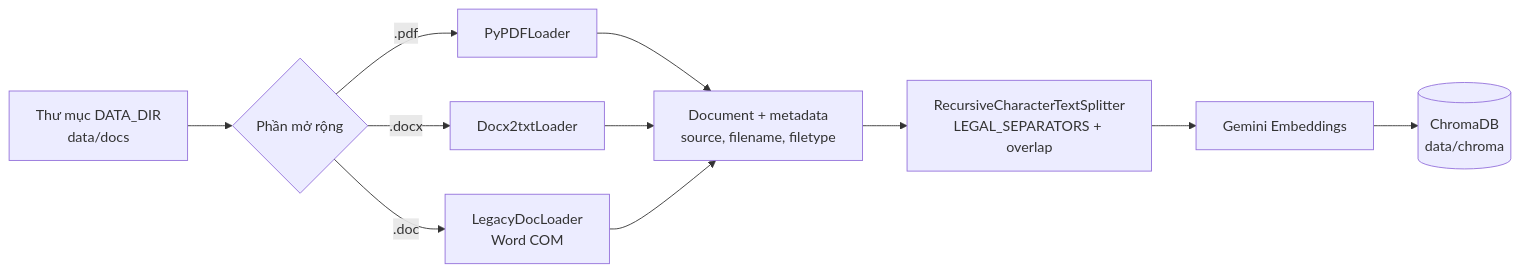
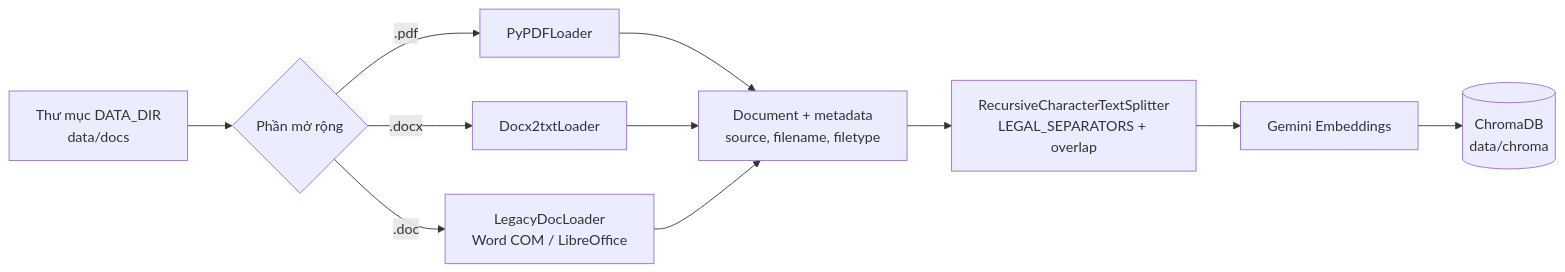
The fourth of 13 diagrams in docs/architecture.md (ducchungtx/advanced-rag-agent), drawn with Mermaid before and after one commit. The commit also changed 4 other files, not shown here.

Commit message:
Refactor document ingestion process to support both Microsoft Word COM and LibreOffice for .doc files. Update README and Makefile for clearer setup instructions on Windows and macOS/Linux. Modify environment example and architecture documentation to reflect changes.

````diff
--- a/docs/architecture.md
+++ b/docs/architecture.md
@@ -171,11 +171,11 @@
 ```mermaid
 flowchart LR
     A[Thư mục DATA_DIR<br/>data/docs] --> B{Phần mở rộng}
     B -->|.pdf| C1[PyPDFLoader]
     B -->|.docx| C2[Docx2txtLoader]
-    B -->|.doc| C3[LegacyDocLoader<br/>Word COM]
+    B -->|.doc| C3[LegacyDocLoader<br/>Word COM / LibreOffice]
     C1 & C2 & C3 --> D[Document + metadata<br/>source, filename, filetype]
     D --> E[RecursiveCharacterTextSplitter<br/>LEGAL_SEPARATORS + overlap]
     E --> F[Gemini Embeddings]
     F --> G[(ChromaDB<br/>data/chroma)]
 ```
````
